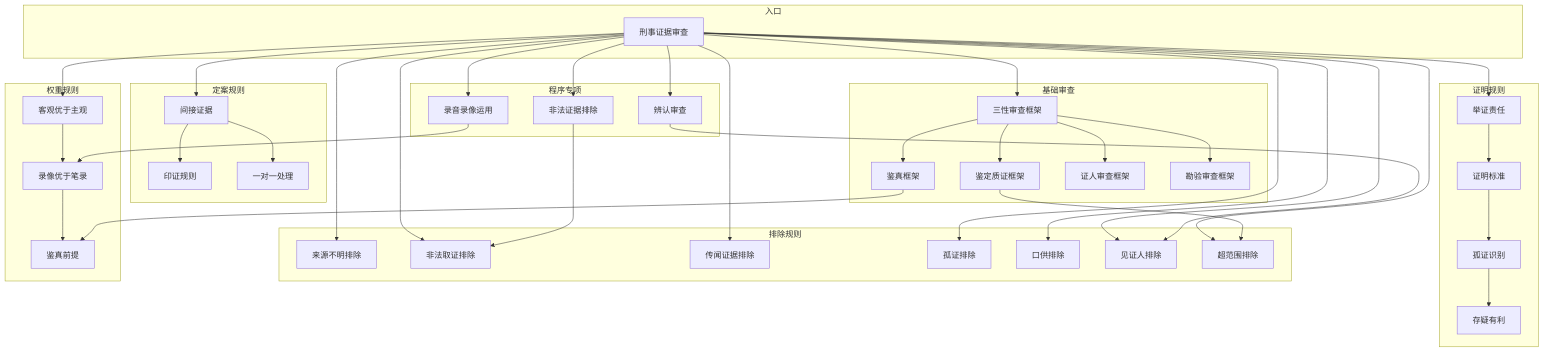
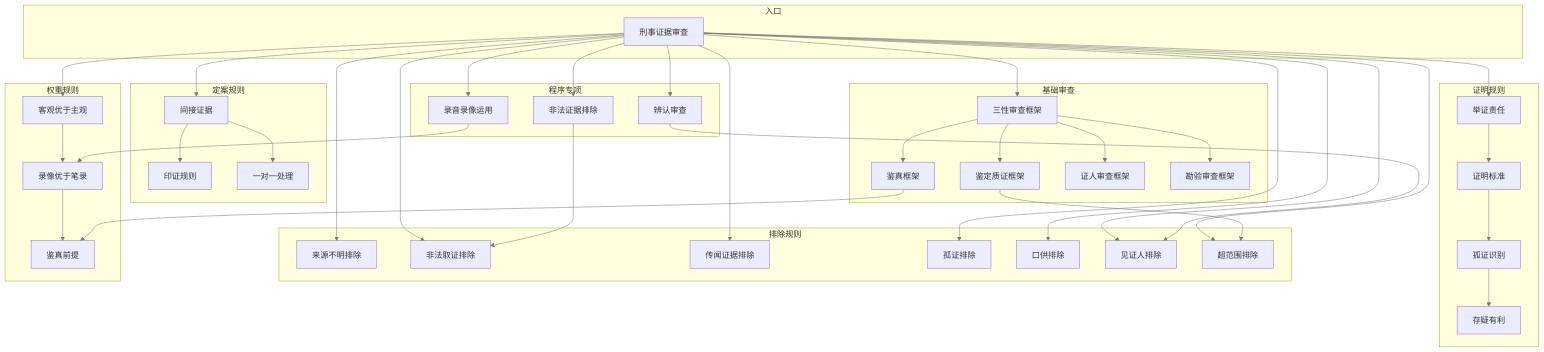
The diagram in .deepagents/skills/evidence-defense/INDEX.md (daixin877889/LexSeek), drawn with Mermaid before and after one commit. The commit also changed other lines of this file and 96 other files, not shown here.

````diff
--- a/.deepagents/skills/evidence-defense/INDEX.md
+++ b/.deepagents/skills/evidence-defense/INDEX.md
@@ -31,4 +18,12 @@
 ```mermaid
+%%{init: {'themeVariables': {
+  'primaryColor': '#E6F3FF',
+  'primaryTextColor': '#000000',
+  'primaryBorderColor': '#4A90E2',
+  'lineColor': '#757575',
+  'sectionBkgColor': '#E8F4FD',
+  'altSectionBkgColor': '#F0F7FF'
+}}}%%
 flowchart TB
     subgraph 入口
         A[刑事证据审查]
````
